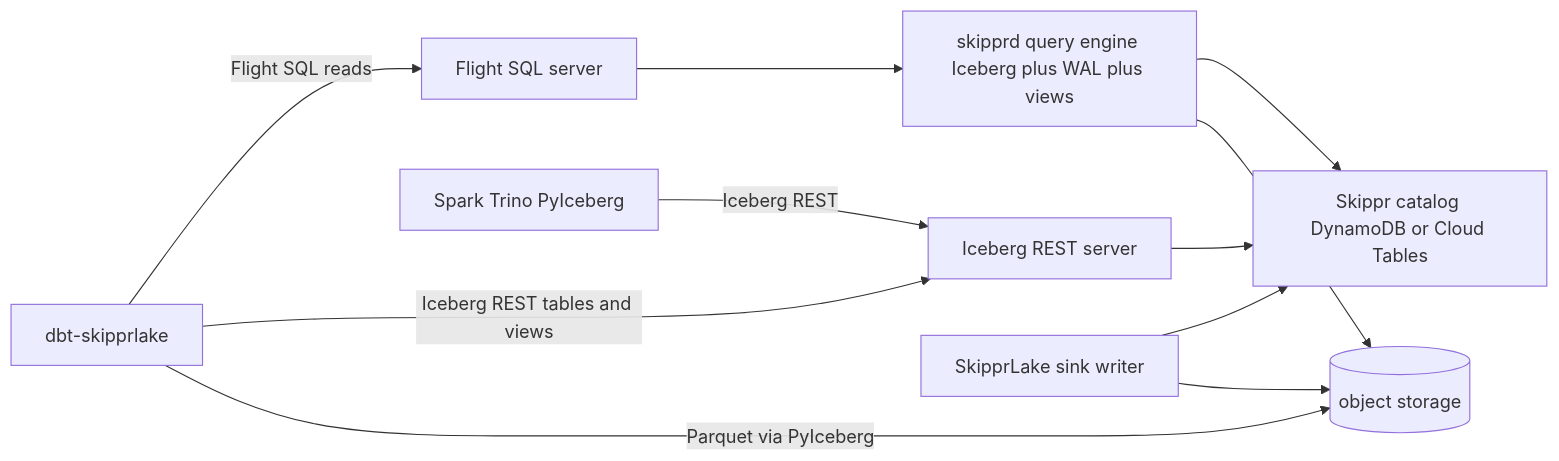
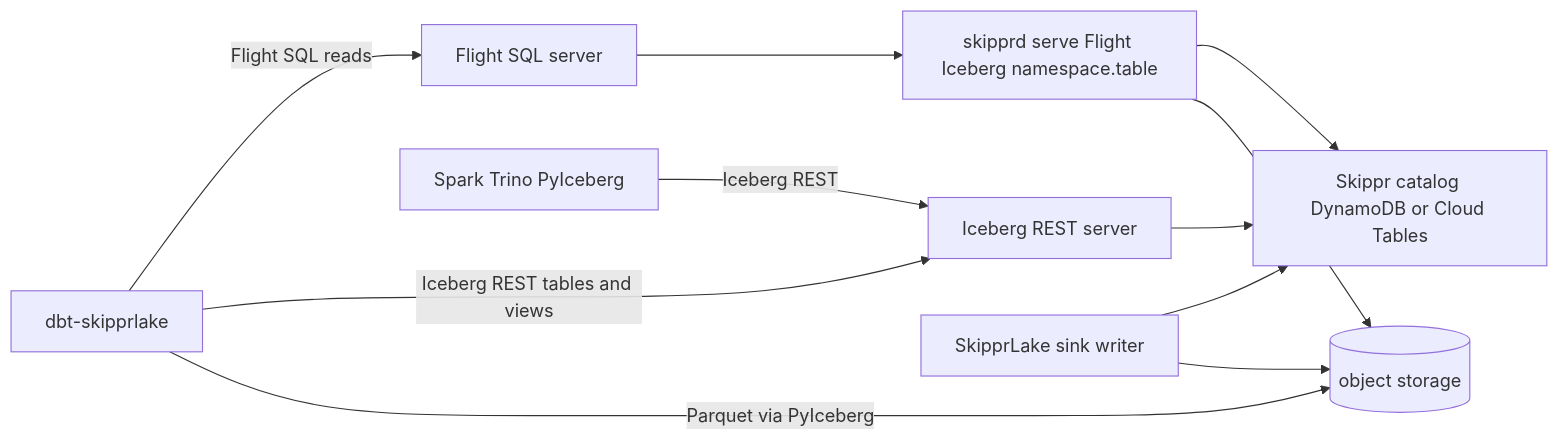
The diagram in docs/docs/maintainers/skipprlake-dbt-rest.md (skipprd/skipprd), drawn with Mermaid before and after one commit. The commit also changed other lines of this file and 73 other files, not shown here.

First line of the commit message:
Expose SkipprLake as Iceberg namespace.table through skipprd serve.

````diff
--- a/docs/docs/maintainers/skipprlake-dbt-rest.md
+++ b/docs/docs/maintainers/skipprlake-dbt-rest.md
@@ -61,13 +63,13 @@
 ```mermaid
 flowchart LR
   dbt[dbt-skipprlake] -->|Flight SQL reads| flight[Flight SQL server]
   dbt -->|Iceberg REST tables and views| rest[Iceberg REST server]
   dbt -->|Parquet via PyIceberg| store[(object storage)]
   spark[Spark Trino PyIceberg] -->|Iceberg REST| rest
-  flight --> engine[skipprd query engine Iceberg plus WAL plus views]
+  flight --> engine[skipprd serve Flight Iceberg namespace.table]
   rest --> cat[Skippr catalog DynamoDB or Cloud Tables]
   engine --> cat
   engine --> store
   sink[SkipprLake sink writer] --> cat
   sink --> store
 ```
````
